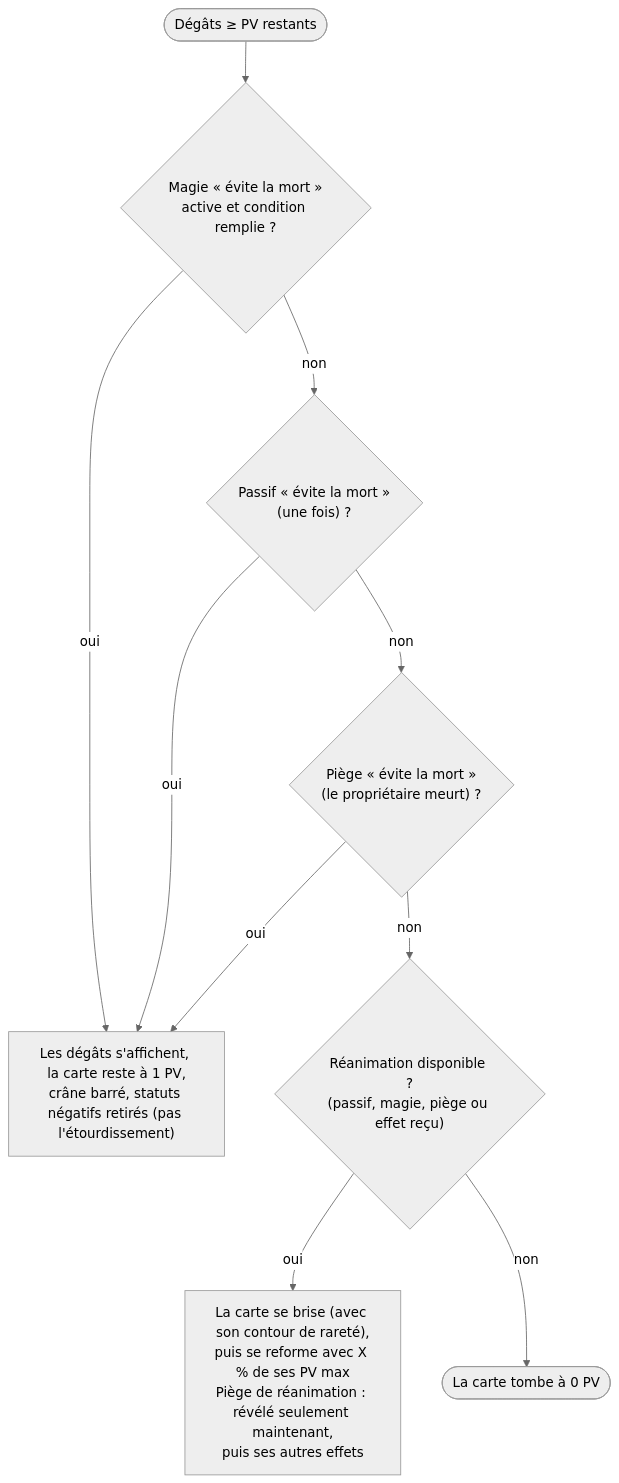
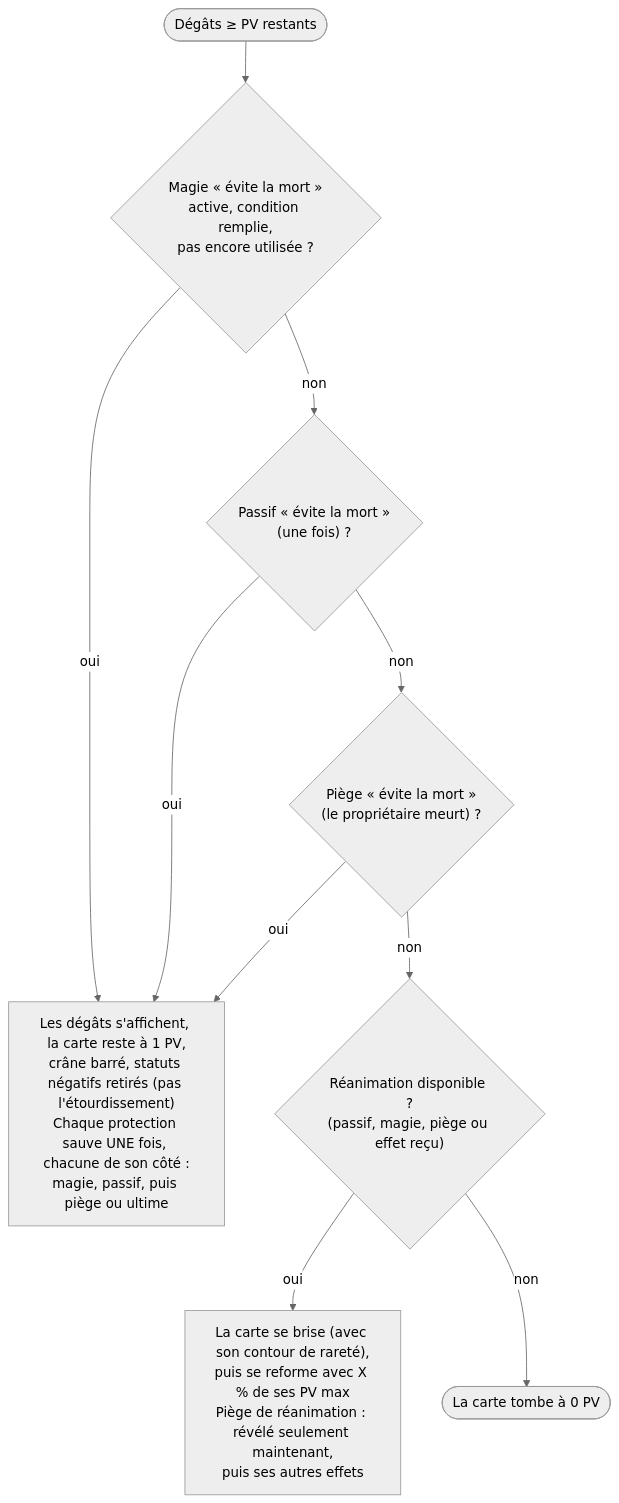
One commit to mowglitchblaat/forestcard changed the fourth of 5 diagrams in docs/workflow-combat.md. Above: the diagram before and after it, drawn with Mermaid (neutral theme). The commit also changed 4 other files, not shown here.

First line of the commit message:
Évite la mort : chaque protection (magie, passif, piège, ultime) sauve une fois, indépendamment

````diff
--- a/docs/workflow-combat.md
+++ b/docs/workflow-combat.md
@@ -67,12 +67,12 @@
 ```mermaid
 flowchart TD
-  K0(["Dégâts ≥ PV restants"]) --> K1{"Magie « évite la mort »<br/>active et condition remplie ?"}
-  K1 -- oui --> KE["Les dégâts s'affichent, la carte reste à 1 PV,<br/>crâne barré, statuts négatifs retirés (pas l'étourdissement)"]
+  K0(["Dégâts ≥ PV restants"]) --> K1{"Magie « évite la mort »<br/>active, condition remplie,<br/>pas encore utilisée ?"}
+  K1 -- oui --> KE["Les dégâts s'affichent, la carte reste à 1 PV,<br/>crâne barré, statuts négatifs retirés (pas l'étourdissement)<br/>Chaque protection sauve UNE fois, chacune de son côté :<br/>magie, passif, puis piège ou ultime"]
   K1 -- non --> K2{"Passif « évite la mort »<br/>(une fois) ?"}
   K2 -- oui --> KE
   K2 -- non --> K3{"Piège « évite la mort »<br/>(le propriétaire meurt) ?"}
   K3 -- oui --> KE
   K3 -- non --> K4{"Réanimation disponible ?<br/>(passif, magie, piège ou effet reçu)"}
   K4 -- oui --> KR["La carte se brise (avec son contour de rareté),<br/>puis se reforme avec X % de ses PV max<br/>Piège de réanimation : révélé seulement maintenant,<br/>puis ses autres effets"]
   K4 -- non --> KM(["La carte tombe à 0 PV"])
 ```
````
